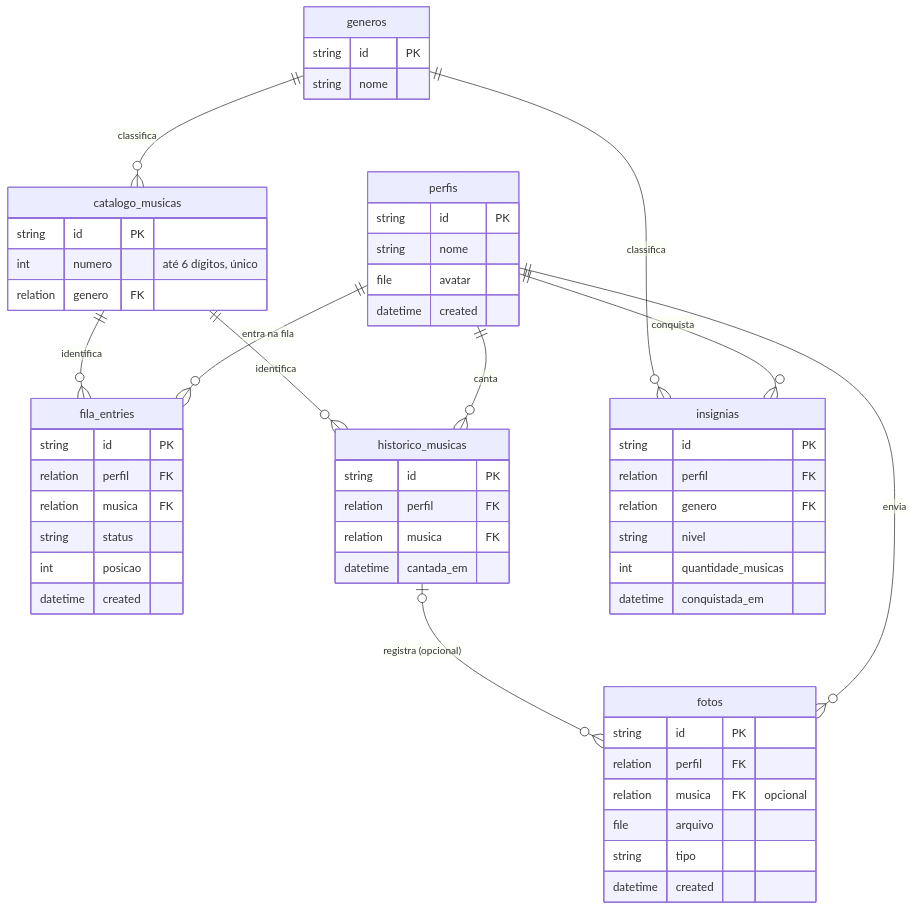
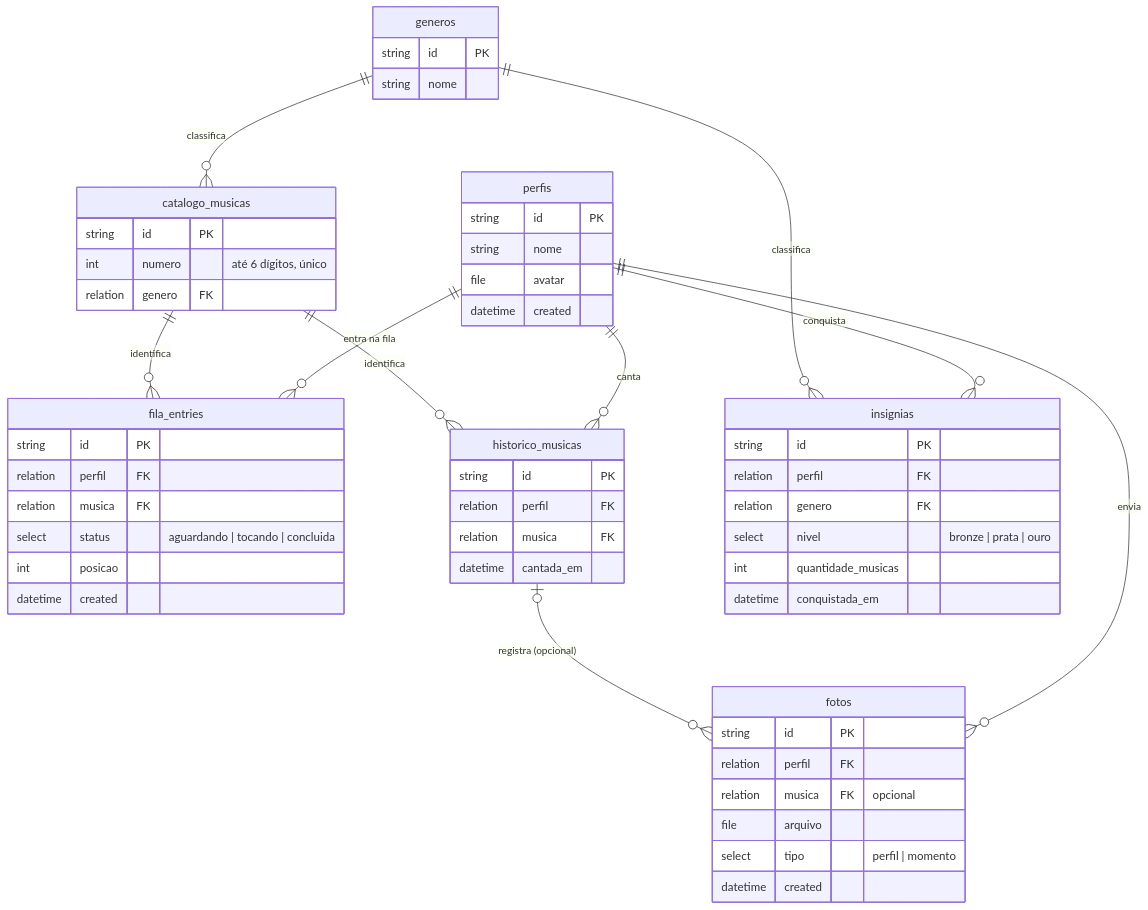
One commit to william-wv/app-julius changed the diagram in README.md. Above: the diagram before and after it, drawn with Mermaid. The commit also changed other lines of this file, not shown here.

Commit message:
docs: usa campo select (enum) do PocketBase em status/nivel/tipo

````diff
--- a/README.md
+++ b/README.md
@@ -49,58 +50,58 @@
 ```mermaid
 erDiagram
     perfis ||--o{ fila_entries : "entra na fila"
     perfis ||--o{ historico_musicas : "canta"
     perfis ||--o{ insignias : "conquista"
     perfis ||--o{ fotos : "envia"
     catalogo_musicas ||--o{ fila_entries : "identifica"
     catalogo_musicas ||--o{ historico_musicas : "identifica"
     historico_musicas |o--o{ fotos : "registra (opcional)"
     generos ||--o{ catalogo_musicas : "classifica"
     generos ||--o{ insignias : "classifica"
 
     perfis {
         string id PK
         string nome
         file avatar
         datetime created
     }
     generos {
         string id PK
         string nome
     }
     catalogo_musicas {
         string id PK
         int numero "até 6 dígitos, único"
         relation genero FK
     }
     fila_entries {
         string id PK
         relation perfil FK
         relation musica FK
-        string status
+        select status "aguardando | tocando | concluida"
         int posicao
         datetime created
     }
     historico_musicas {
         string id PK
         relation perfil FK
         relation musica FK
         datetime cantada_em
     }
     insignias {
         string id PK
         relation perfil FK
         relation genero FK
-        string nivel
+        select nivel "bronze | prata | ouro"
         int quantidade_musicas
         datetime conquistada_em
     }
     fotos {
         string id PK
         relation perfil FK
         relation musica FK "opcional"
         file arquivo
-        string tipo
+        select tipo "perfil | momento"
         datetime created
     }
 ```
````
